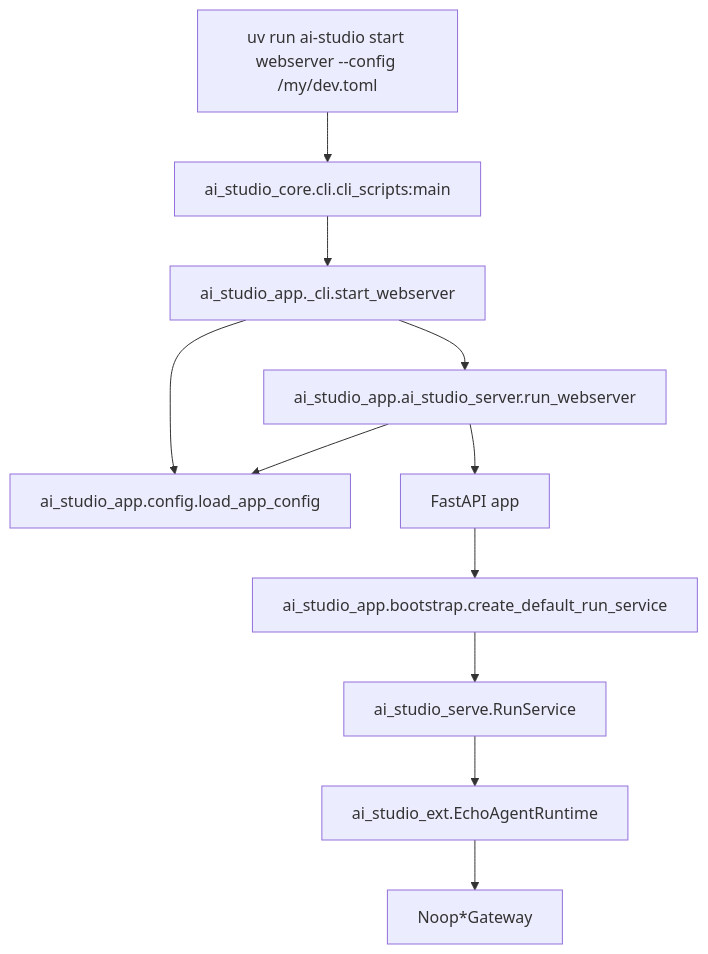
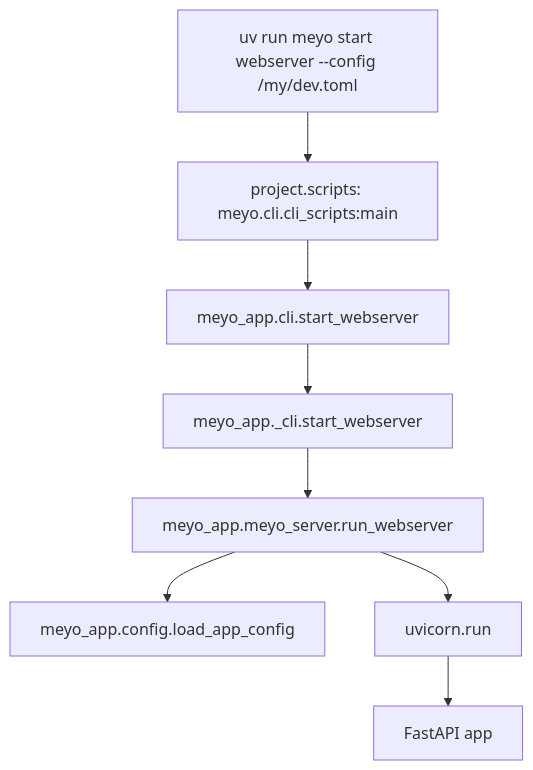
The second of 2 diagrams in docs/docs/application/base_project/from_zero_to_running.md (memoryDemo/ai-studio), drawn with Mermaid before and after one commit. The commit also changed other lines of this file and 48 other files, not shown here.

Commit message:
add: 调整项目名称为 meyo , 生成产品logo图. 并且修改对应文档.

````diff
--- a/docs/docs/application/base_project/from_zero_to_running.md
+++ b/docs/docs/application/base_project/from_zero_to_running.md
@@ -352,19 +264,15 @@
 ```mermaid
 flowchart TD
-    cmd["uv run ai-studio start webserver --config /my/dev.toml"]
-    cli["ai_studio_core.cli.cli_scripts:main"]
-    appcli["ai_studio_app._cli.start_webserver"]
-    cfg["ai_studio_app.config.load_app_config"]
-    server["ai_studio_app.ai_studio_server.run_webserver"]
-    fastapi["FastAPI app"]
-    bootstrap["ai_studio_app.bootstrap.create_default_run_service"]
-    service["ai_studio_serve.RunService"]
-    runtime["ai_studio_ext.EchoAgentRuntime"]
-    gateways["Noop*Gateway"]
+    Cmd["uv run meyo start webserver --config /my/dev.toml"]
+    Script["project.scripts: meyo.cli.cli_scripts:main"]
+    AppCli["meyo_app.cli.start_webserver"]
+    InternalCli["meyo_app._cli.start_webserver"]
+    Server["meyo_app.meyo_server.run_webserver"]
+    Config["meyo_app.config.load_app_config"]
+    Uvicorn["uvicorn.run"]
+    FastAPI["FastAPI app"]
 
-    cmd --> cli --> appcli --> server
-    appcli --> cfg
-    server --> fastapi
-    server --> cfg
-    fastapi --> bootstrap --> service --> runtime --> gateways
+    Cmd --> Script --> AppCli --> InternalCli --> Server
+    Server --> Config
+    Server --> Uvicorn --> FastAPI
 ```
````
